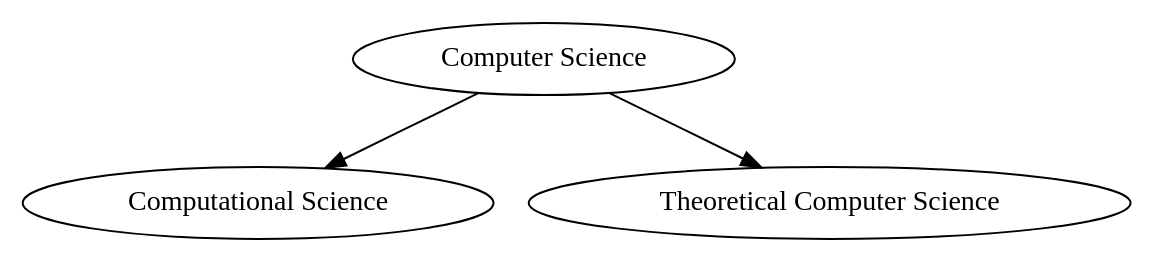
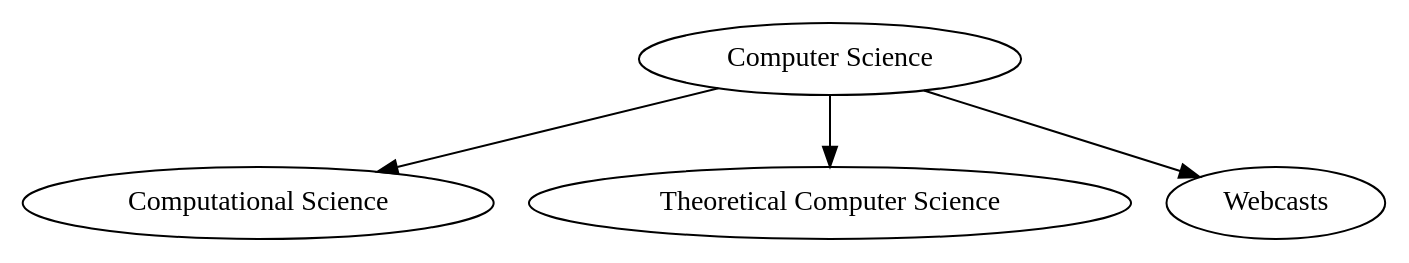
Before and after one commit to vinodkd/read_wiki_cs: the diagram in wiki_cs.gv, drawn with Graphviz.

Commit message:
goofed off a bit today

```diff
--- a/wiki_cs.gv
+++ b/wiki_cs.gv
@@ -1,8 +1,10 @@
 digraph CS{
 	computer_science[label="Computer Science",url="http://en.wikipedia.org/wiki/Computer_science"]
 	computational_science[label="Computational Science",url="http://en.wikipedia.org/wiki/Computational_science"]
 	theoretical_computer_science[label="Theoretical Computer Science",url="http://en.wikipedia.org/wiki/Theoretical_computer_science"]
+	webcasts[label="Webcasts", url="http://www.lecturefox.com/computerscience/"]
 
 	computer_science -> computational_science //rich; come back to this later.
 	computer_science -> theoretical_computer_science
+	computer_science -> webcasts // i goofed off today :)
 }
```
